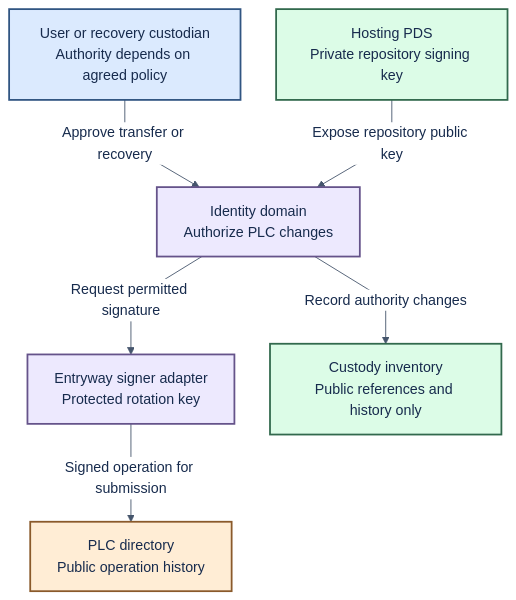
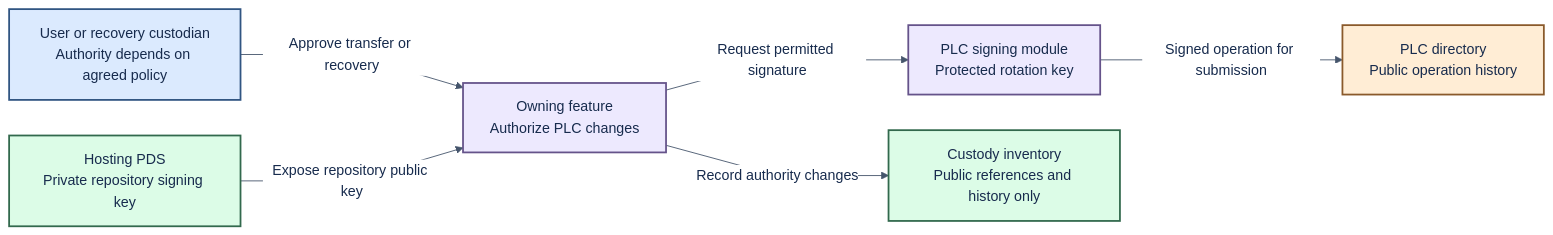
The second of 3 diagrams in docs/data-custody.md (hypercerts-org/hypercerts-entryway), drawn with Mermaid before and after one commit. The commit also changed other lines of this file and 38 other files, not shown here.

Commit message:
docs: align architecture with database and resilience requirements

````diff
--- a/docs/data-custody.md
+++ b/docs/data-custody.md
@@ -149,23 +161,23 @@
 ```mermaid
 %%{init: {"theme":"base","themeVariables":{"primaryTextColor":"#172B4D","lineColor":"#45556C","edgeLabelBackground":"#FFFFFF","fontFamily":"Arial"},"flowchart":{"nodeSpacing":40,"rankSpacing":50,"curve":"linear"}}}%%
-flowchart TB
+flowchart LR
   user["User or recovery custodian<br/>Authority depends on agreed policy"]
-  identity["Identity domain<br/>Authorize PLC changes"]
-  signer["Entryway signer adapter<br/>Protected rotation key"]
+  identity["Owning feature<br/>Authorize PLC changes"]
+  signer["PLC signing module<br/>Protected rotation key"]
   plc["PLC directory<br/>Public operation history"]
   host["Hosting PDS<br/>Private repository signing key"]
   inventory["Custody inventory<br/>Public references and history only"]
   user -->|"Approve transfer or recovery"| identity
   identity -->|"Request permitted signature"| signer
   signer -->|"Signed operation for submission"| plc
   host -->|"Expose repository public key"| identity
   identity -->|"Record authority changes"| inventory
   classDef violet fill:#EDE9FE,stroke:#65538A,color:#172B4D,stroke-width:2px;
   classDef blue fill:#DBEAFE,stroke:#315582,color:#172B4D,stroke-width:2px;
   classDef mint fill:#DCFCE7,stroke:#32694D,color:#172B4D,stroke-width:2px;
   classDef peach fill:#FFEDD5,stroke:#8A5A2B,color:#172B4D,stroke-width:2px;
   class identity,signer violet;
   class user blue;
   class host,inventory mint;
   class plc peach;
 ```
````
